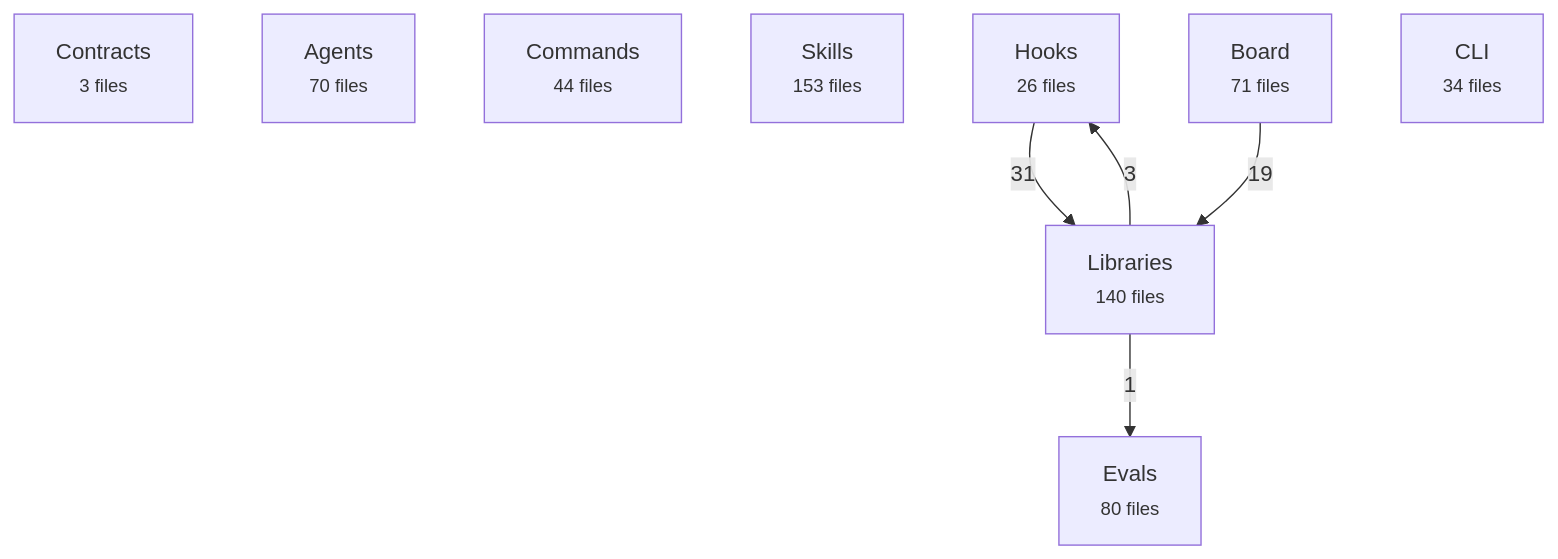
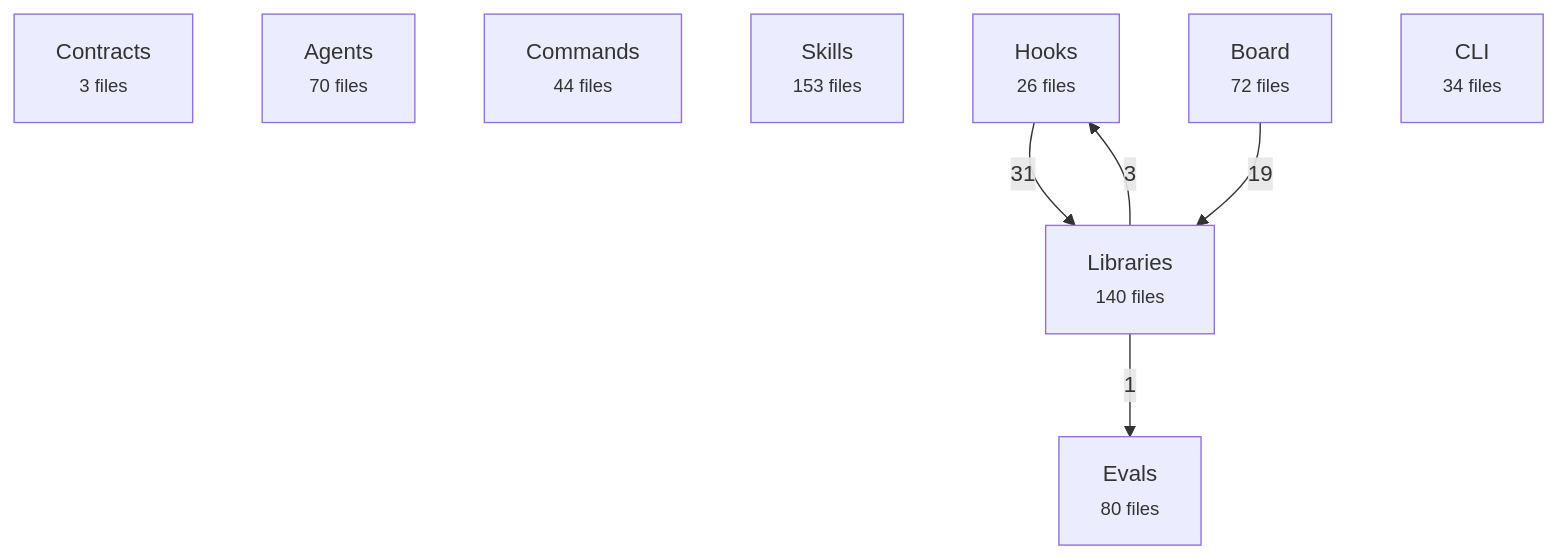
The first of 2 diagrams in docs/reference/architecture-map.md (avelikiy/great_cto), drawn with Mermaid before and after one commit. The commit also changed other lines of this file and 6 other files, not shown here.

````diff
--- a/docs/reference/architecture-map.md
+++ b/docs/reference/architecture-map.md
@@ -20,16 +20,16 @@
 ```mermaid
 flowchart TD
   contracts["Contracts<br/><small>3 files</small>"]
   agents["Agents<br/><small>70 files</small>"]
   commands["Commands<br/><small>44 files</small>"]
   skills["Skills<br/><small>153 files</small>"]
   hooks["Hooks<br/><small>26 files</small>"]
   libs["Libraries<br/><small>140 files</small>"]
-  board["Board<br/><small>71 files</small>"]
+  board["Board<br/><small>72 files</small>"]
   cli["CLI<br/><small>34 files</small>"]
   evals["Evals<br/><small>80 files</small>"]
   hooks -->|31| libs
   board -->|19| libs
   libs -->|3| hooks
   libs -->|1| evals
 ```
````
